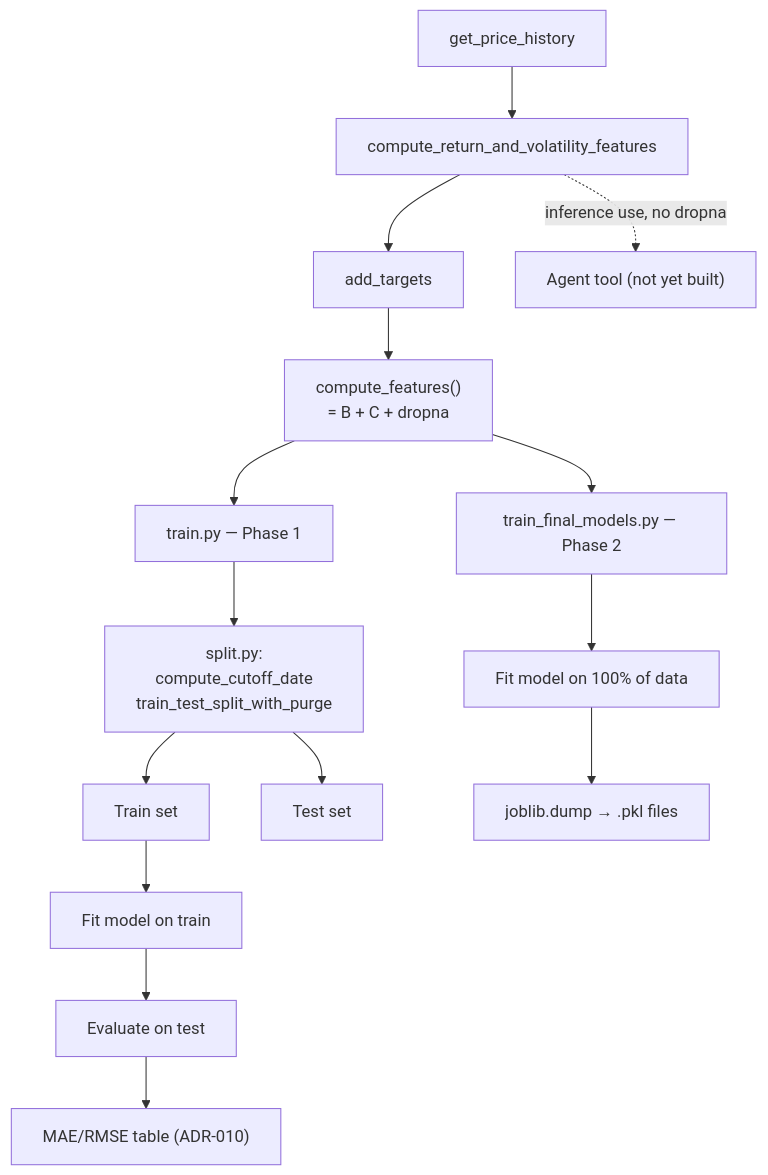
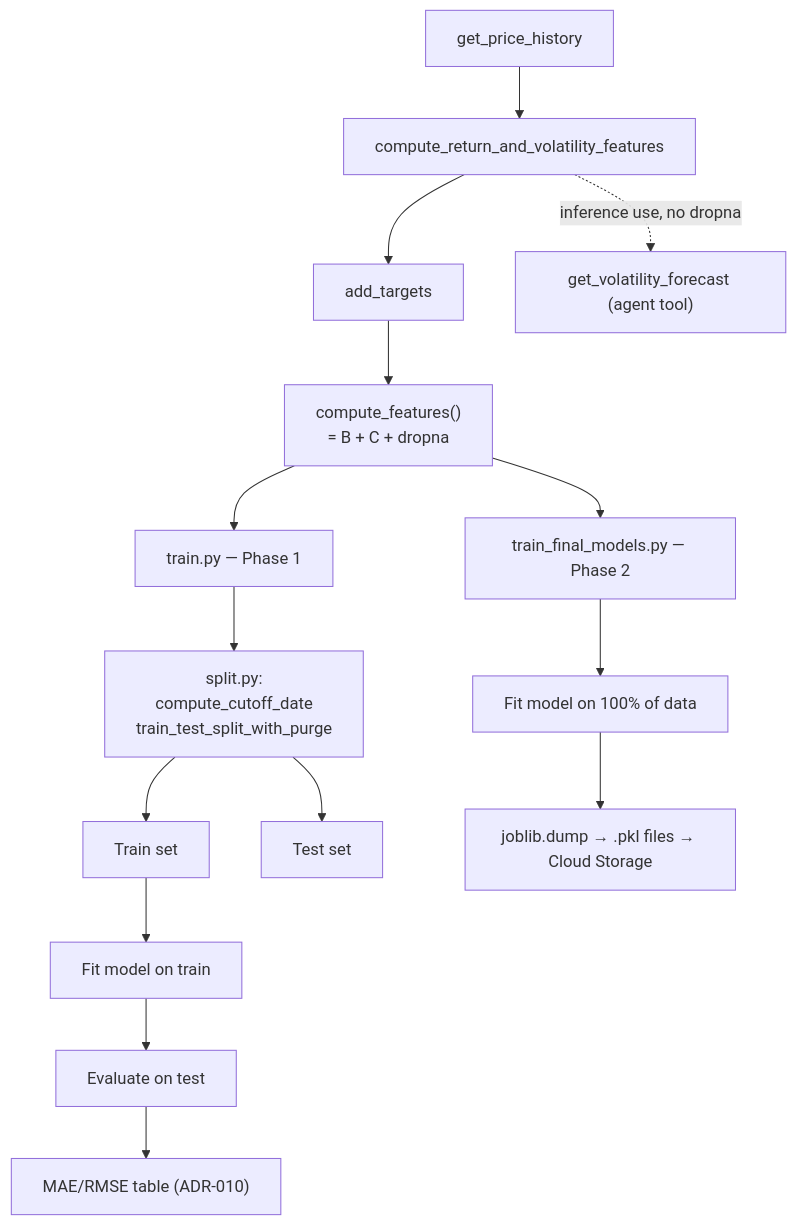
Before and after one commit to TLiemNGY/portfolio-mle-finance: the diagram in ml/README.md, drawn with Mermaid. The commit also changed other lines of this file and 2 other files, not shown here.

````diff
--- a/ml/README.md
+++ b/ml/README.md
@@ -59,21 +66,21 @@
 ```mermaid
 flowchart TD
     A[get_price_history] --> B[compute_return_and_volatility_features]
     B --> C[add_targets]
     C --> D["compute_features()<br/>= B + C + dropna"]
 
     D --> E["train.py — Phase 1"]
     D --> F["train_final_models.py — Phase 2"]
 
     E --> G["split.py:<br/>compute_cutoff_date<br/>train_test_split_with_purge"]
     G --> H[Train set]
     G --> I[Test set]
     H --> J[Fit model on train]
     J --> K[Evaluate on test]
     K --> L["MAE/RMSE table (ADR-010)"]
 
     F --> M[Fit model on 100% of data]
-    M --> N["joblib.dump → .pkl files"]
+    M --> N["joblib.dump → .pkl files → Cloud Storage"]
 
-    B -.->|"inference use, no dropna"| O["Agent tool (not yet built)"]
+    B -.->|"inference use, no dropna"| O["get_volatility_forecast (agent tool)"]
 ```
````
